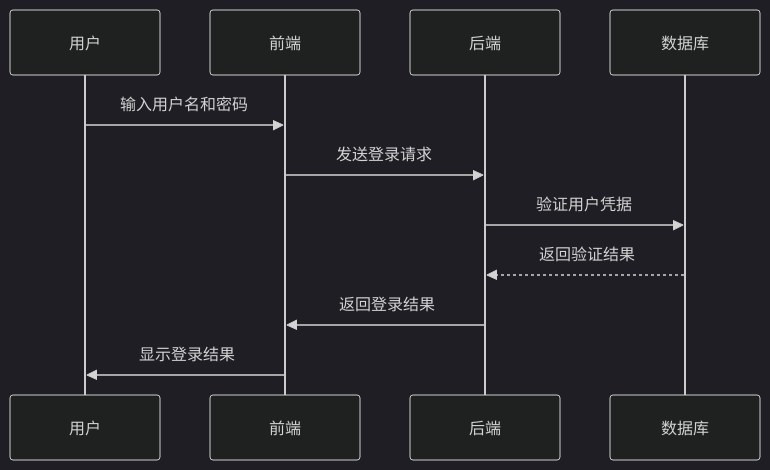
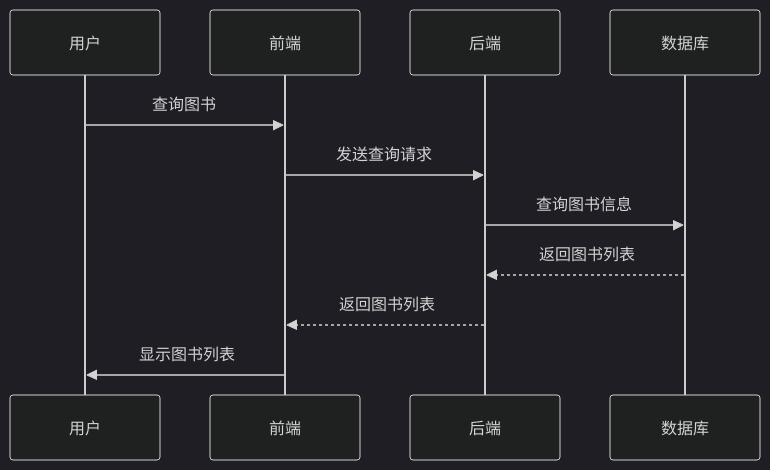
One commit to qianlong520/iodraw-files changed the diagram in all/未命名-3.md. Above: the diagram before and after it, drawn with Mermaid (dark theme).

Commit message:
2024-11-04 14:00:33 update

````diff
--- a/all/未命名-3.md
+++ b/all/未命名-3.md
@@ -1,14 +1,14 @@
 ```mermaid
 sequenceDiagram
     participant 用户
     participant 前端
     participant 后端
     participant 数据库
 
-    用户->>前端: 输入用户名和密码
-    前端->>后端: 发送登录请求
-    后端->>数据库: 验证用户凭据
-    数据库-->>后端: 返回验证结果
-    后端->>前端: 返回登录结果
-    前端->>用户: 显示登录结果
+    用户->>前端: 查询图书
+    前端->>后端: 发送查询请求
+    后端->>数据库: 查询图书信息
+    数据库-->>后端: 返回图书列表
+    后端-->>前端: 返回图书列表
+    前端->>用户: 显示图书列表
 ```
````
